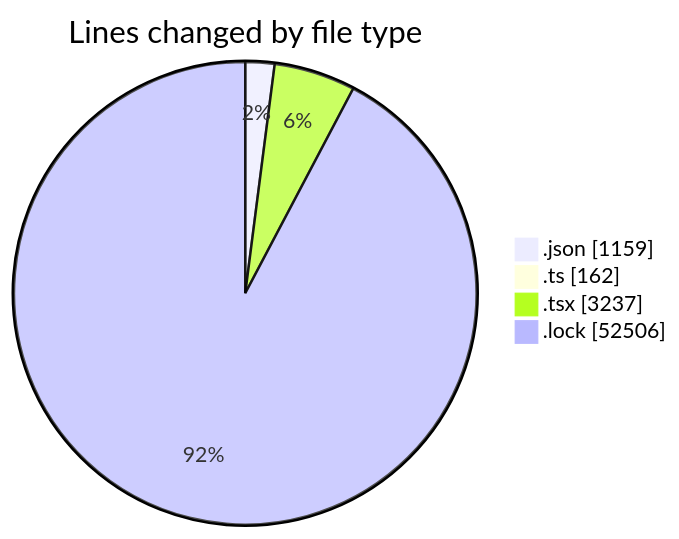
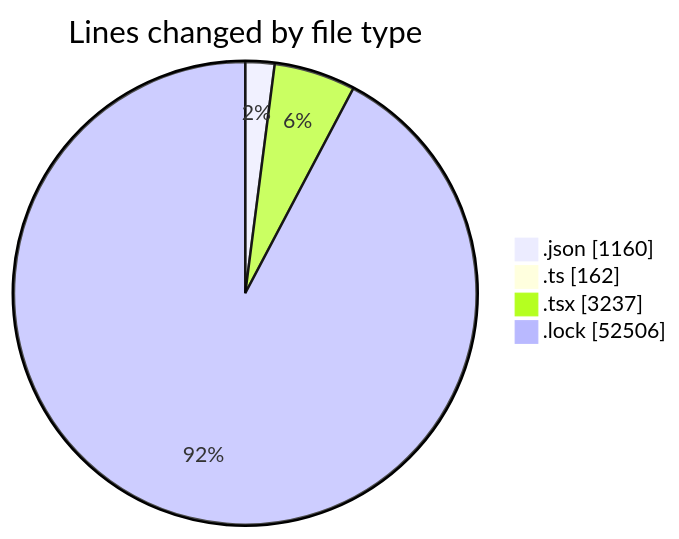
The first of 2 diagrams in 2025-05-07/cda/README.md (momahboobian/code-tracking), drawn with Mermaid before and after one commit. The commit also changed other lines of this file and 1 other file, not shown here.

````diff
--- a/2025-05-07/cda/README.md
+++ b/2025-05-07/cda/README.md
@@ -58,8 +58,8 @@
 ```mermaid
 pie showData
 title Lines changed by file type
-".json" : 1159
+".json" : 1160
 ".ts" : 162
 ".tsx" : 3237
 ".lock" : 52506
 ```
````
